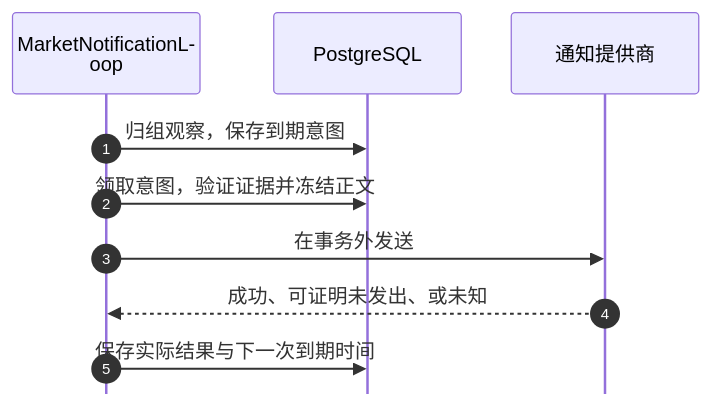
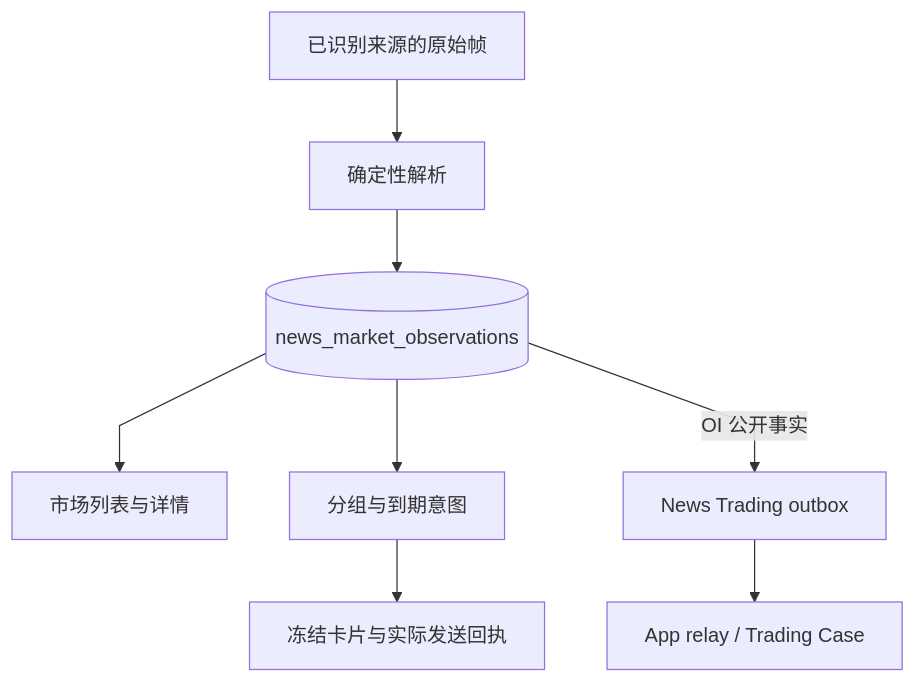
The diagram in docs/modules/oi.md (AnalyThothAI/tracefold), drawn with Mermaid before and after one commit. The commit also changed other lines of this file and 46 other files, not shown here.

Commit message:
docs: align handbook with current architecture and remove obsolete materials

````diff
--- a/docs/modules/oi.md
+++ b/docs/modules/oi.md
@@ -141,23 +15,18 @@
 ```mermaid
 ---
 config:
   fontFamily: "system-ui, Noto Sans CJK SC, Microsoft YaHei, WenQuanYi Zen Hei, sans-serif"
-  sequence:
-    mirrorActors: false
-    messageMargin: 28
-    actorMargin: 40
-    wrap: true
+  flowchart:
+    curve: linear
 ---
-sequenceDiagram
-    accTitle: 市场通知的发送时序
-    accDescr: 先持久化意图和到期时间，再领取并冻结内容，事务外发送，最终记录提供商结果与下次到期。
-    autonumber
-    participant L as MarketNotificationLoop
-    participant D as PostgreSQL
-    participant P as 通知提供商
-    L->>D: 归组观察，保存到期意图
-    L->>D: 领取意图，验证证据并冻结正文
-    L->>P: 在事务外发送
-    P-->>L: 成功、可证明未发出、或未知
-    L->>D: 保存实际结果与下一次到期时间
+flowchart TB
+  accTitle: 市场观察的两个独立消费者
+  accDescr: 确定性解析保存市场观察，页面和分组通知读取同一事实；OI 公开事实另经应用转交给 Trading，通知是否发送不决定分析是否建立。
+  F[已识别来源的原始帧] --> P[确定性解析]
+  P --> O[(news_market_observations)]
+  O --> UI[市场列表与详情]
+  O --> G[分组与到期意图]
+  G --> D[冻结卡片与实际发送回执]
+  O -->|OI 公开事实| B[News Trading outbox]
+  B --> A[App relay / Trading Case]
 ```
````
